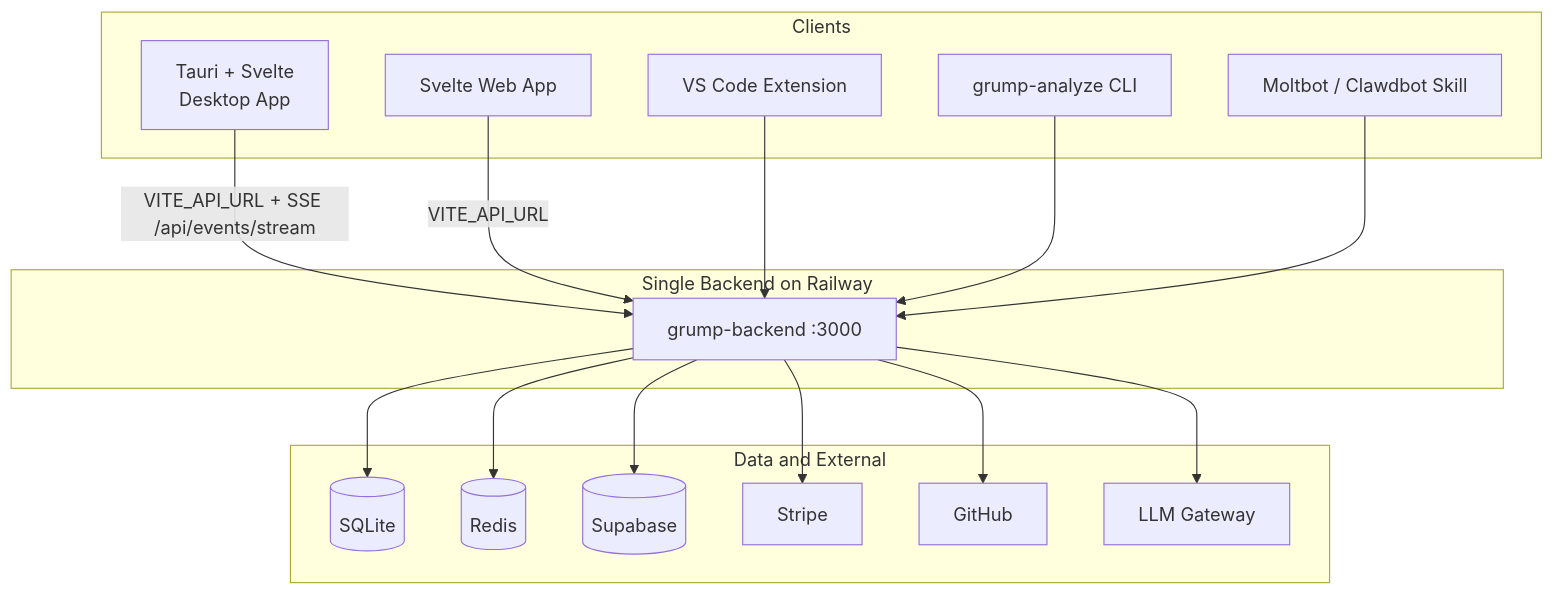
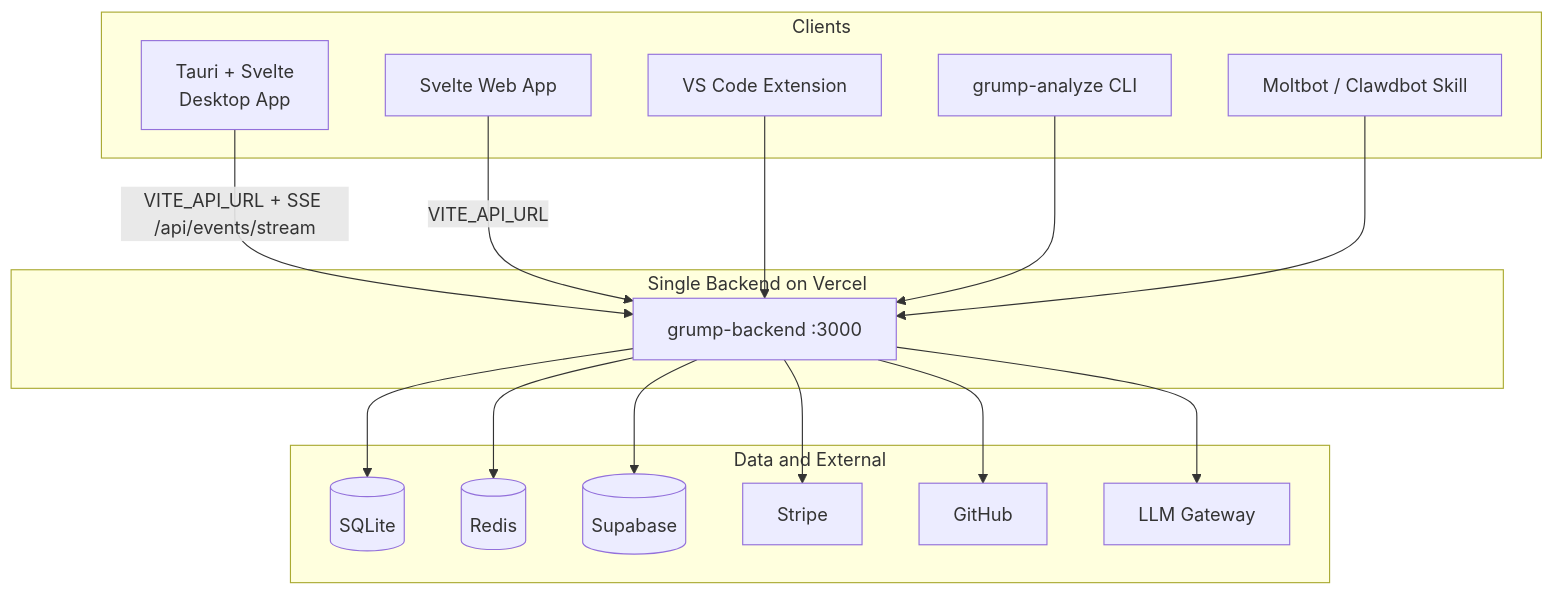
One commit to Aphrodine-wq/GRUMPCO changed the first of 4 diagrams in docs/CAPABILITIES.md. Above: the diagram before and after it, drawn with Mermaid. The commit also changed other lines of this file and 31 other files, not shown here.

````diff
--- a/docs/CAPABILITIES.md
+++ b/docs/CAPABILITIES.md
@@ -44,36 +44,36 @@
 ```mermaid
 flowchart TB
   subgraph clients [Clients]
     Desktop[Tauri + Svelte\nDesktop App]
     Web[Svelte Web App]
     VSCode[VS Code Extension]
     CLI[grump-analyze CLI]
     Moltbot[Moltbot / Clawdbot Skill]
   end
 
-  subgraph backend [Single Backend on Railway]
+  subgraph backend [Single Backend on Vercel]
     BE[grump-backend :3000]
   end
 
   subgraph data [Data and External]
     SQLite[(SQLite)]
     Redis[(Redis)]
     Supa[(Supabase)]
     Stripe[Stripe]
     GitHub[GitHub]
     LLM[LLM Gateway]
   end
 
   Desktop -->|VITE_API_URL + SSE /api/events/stream| BE
   Web -->|VITE_API_URL| BE
   VSCode --> BE
   CLI --> BE
   Moltbot --> BE
 
   BE --> SQLite
   BE --> Redis
   BE --> Supa
   BE --> Stripe
   BE --> GitHub
   BE --> LLM
 ```
````
